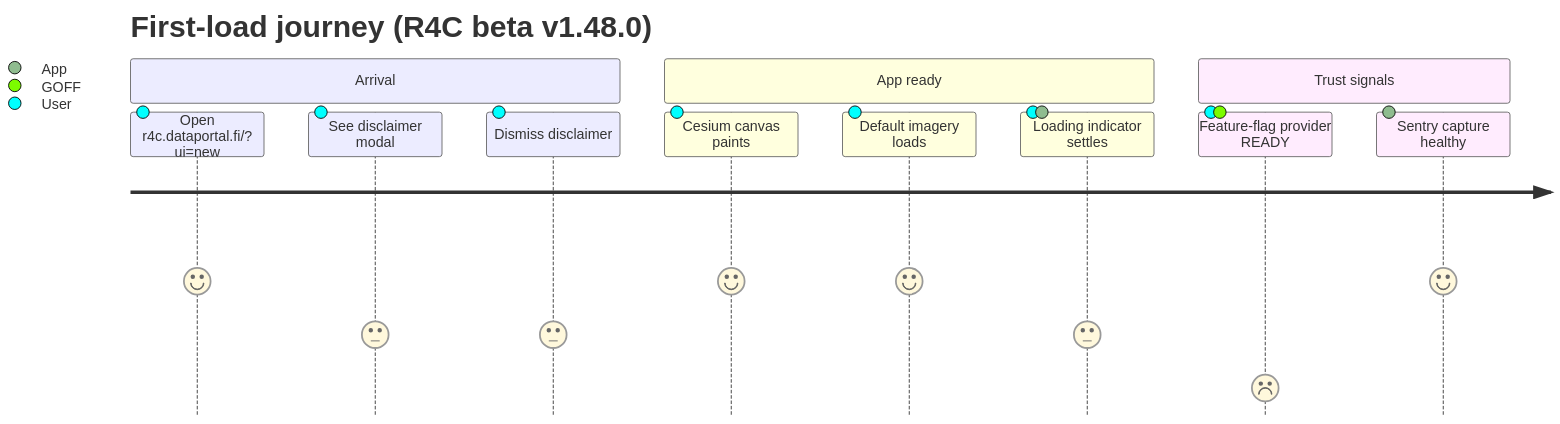
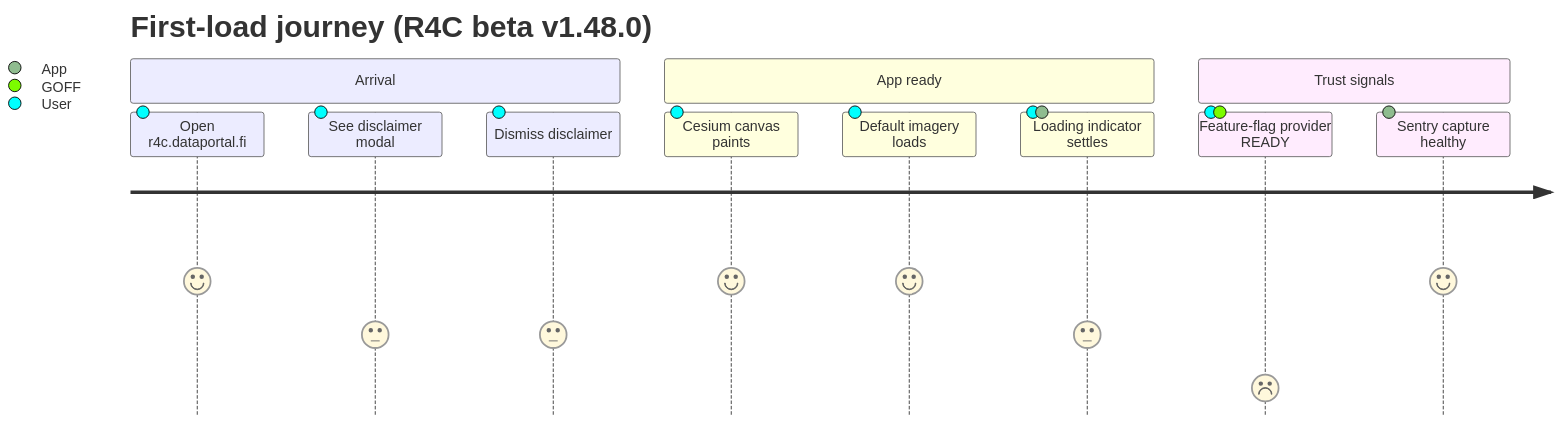
The first of 2 diagrams in docs/blueprint/user-journeys/01-onboarding.md (ForumViriumHelsinki/R4C-Cesium-Viewer), drawn with Mermaid before and after one commit. The commit also changed other lines of this file and 1 other file, not shown here.

Commit message:
docs(journeys): drop the removed ?ui=new switch from onboarding (#1242)

````diff
--- a/docs/blueprint/user-journeys/01-onboarding.md
+++ b/docs/blueprint/user-journeys/01-onboarding.md
@@ -21,15 +21,15 @@
 ```mermaid
 journey
     title First-load journey (R4C beta v1.48.0)
     section Arrival
-      Open r4c.dataportal.fi/?ui=new: 5: User
+      Open r4c.dataportal.fi: 5: User
       See disclaimer modal: 3: User
       Dismiss disclaimer: 3: User
     section App ready
       Cesium canvas paints: 5: User
       Default imagery loads: 5: User
       Loading indicator settles: 3: User, App
     section Trust signals
       Feature-flag provider READY: 1: User, GOFF
       Sentry capture healthy: 5: App
 ```
````
